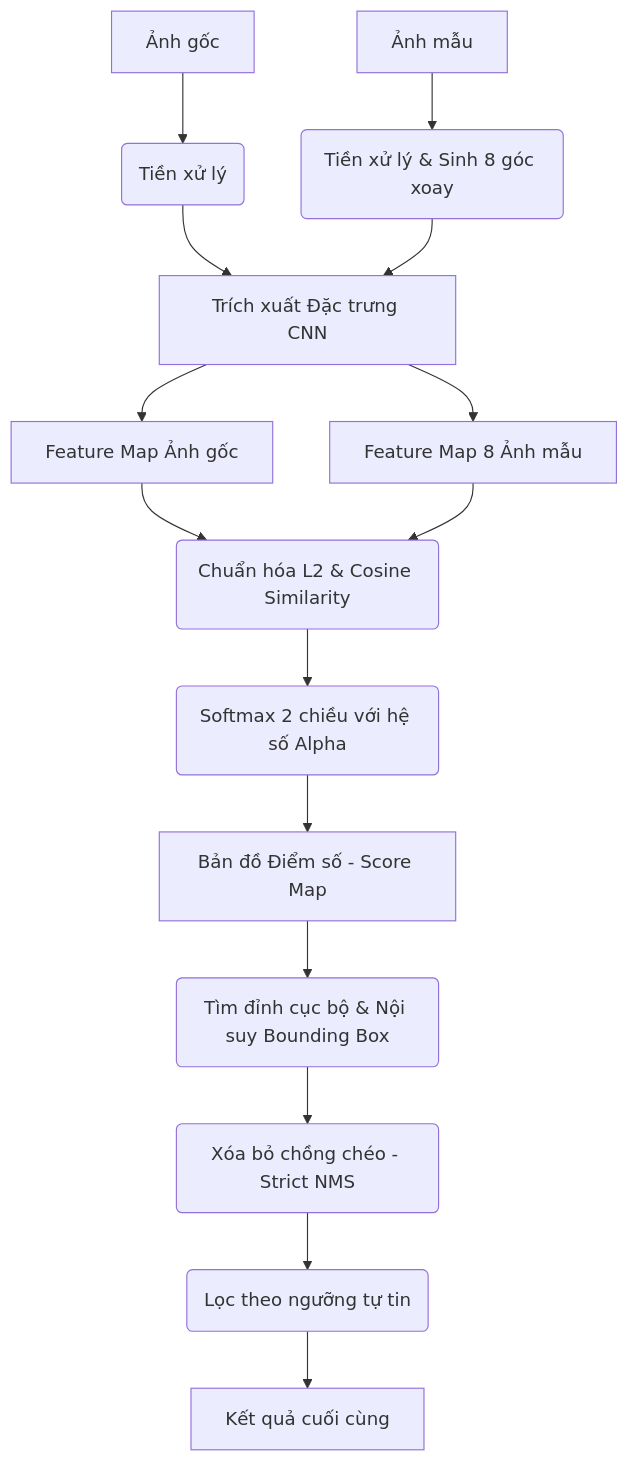
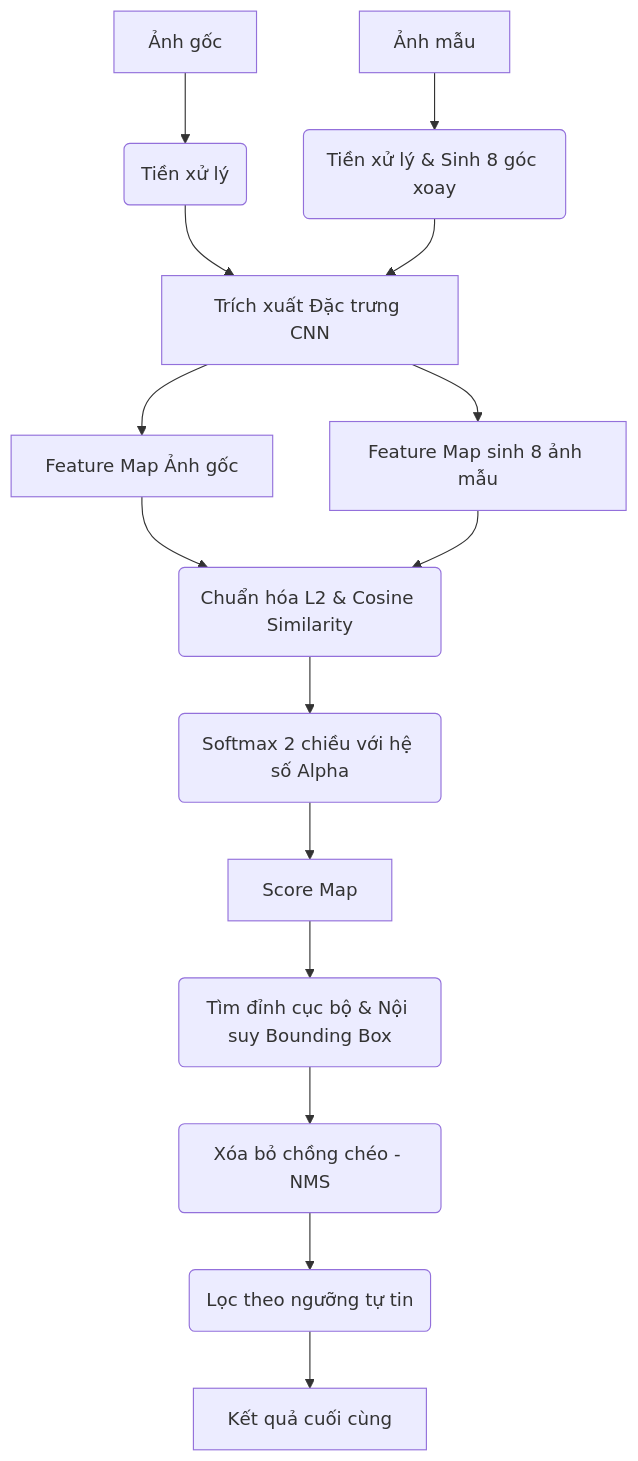
The diagram in Docs.md (vietanhlee/Template_Matching_Deep_Learining), drawn with Mermaid before and after one commit. The commit also changed other lines of this file and 2 other files, not shown here.

Commit message:
chỉnh sửa doc và readme

````diff
--- a/Docs.md
+++ b/Docs.md
@@ -12,17 +12,17 @@
 ```mermaid
 graph TD
     A[Ảnh gốc] --> B(Tiền xử lý)
     C[Ảnh mẫu] --> D(Tiền xử lý & Sinh 8 góc xoay)
     B --> E[Trích xuất Đặc trưng CNN]
     D --> E
     E --> F[Feature Map Ảnh gốc]
-    E --> G[Feature Map 8 Ảnh mẫu]
+    E --> G[Feature Map sinh 8 ảnh mẫu]
     F --> H(Chuẩn hóa L2 & Cosine Similarity)
     G --> H
     H --> I(Softmax 2 chiều với hệ số Alpha)
-    I --> J[Bản đồ Điểm số - Score Map]
+    I --> J[Score Map]
     J --> K(Tìm đỉnh cục bộ & Nội suy Bounding Box)
-    K --> L(Xóa bỏ chồng chéo - Strict NMS)
+    K --> L(Xóa bỏ chồng chéo - NMS)
     L --> M(Lọc theo ngưỡng tự tin)
     M --> N[Kết quả cuối cùng]
 ```
````
